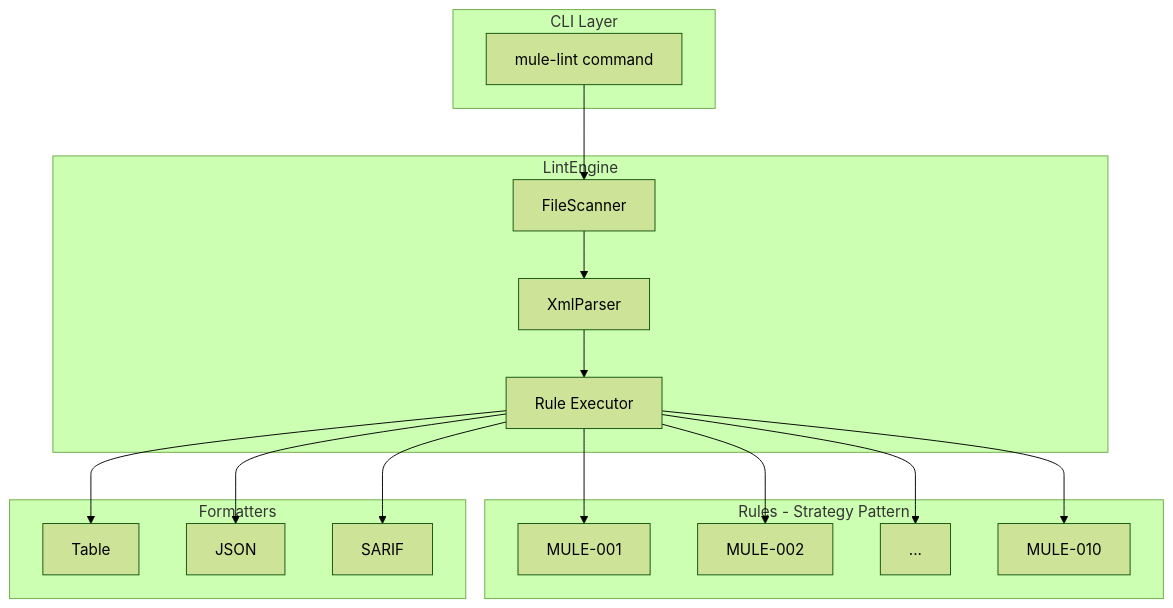
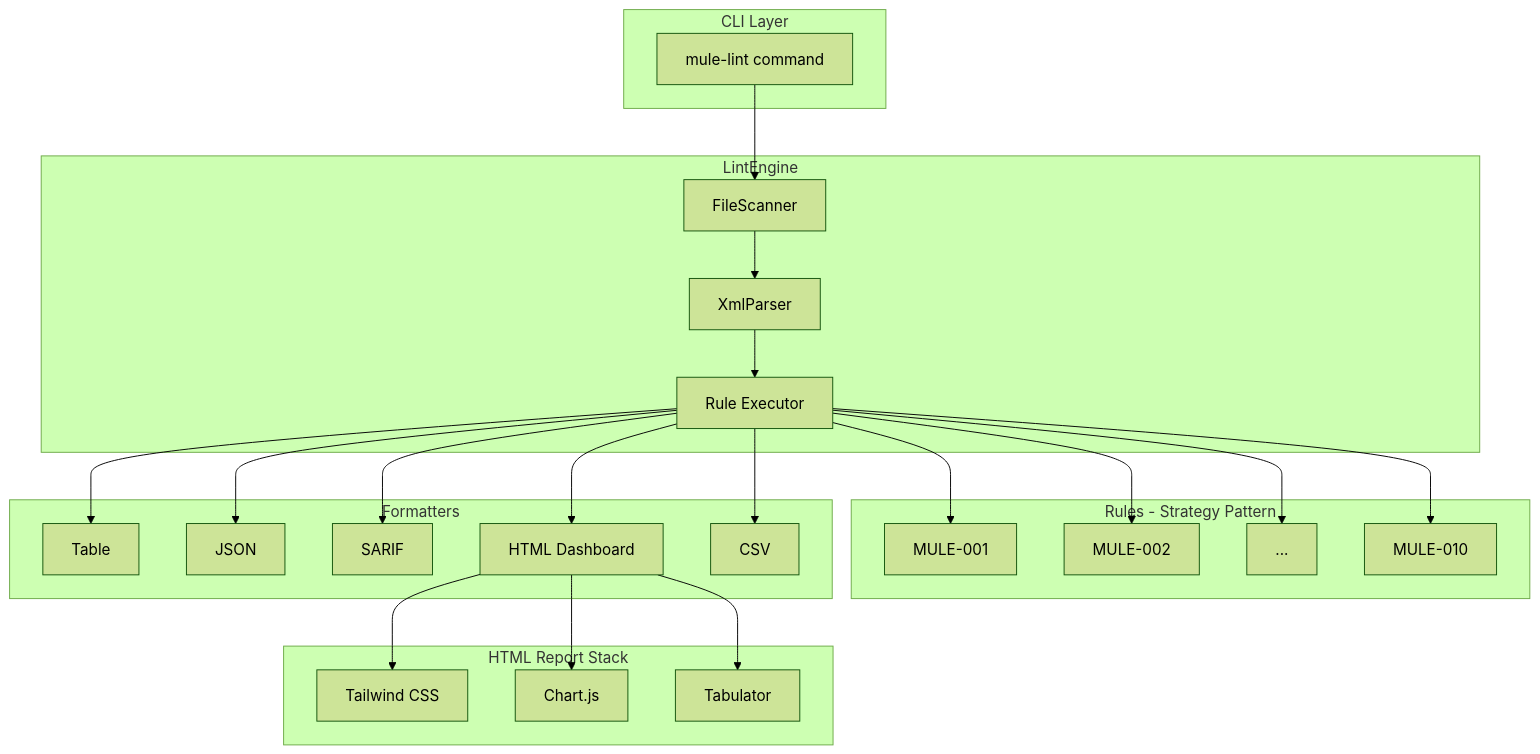
One commit to Avinava/mule-lint changed the first of 2 diagrams in README.md. Above: the diagram before and after it, drawn with Mermaid (forest theme). The commit also changed other lines of this file and 2 other files, not shown here.

First line of the commit message:
feat: modern HTML report with interactive dashboard (v1.6.0)

````diff
--- a/README.md
+++ b/README.md
@@ -30,29 +30,39 @@
 ```mermaid
 flowchart TB
     subgraph CLI["CLI Layer"]
         A[mule-lint command]
     end
     
     subgraph Engine["LintEngine"]
         B[FileScanner] --> C[XmlParser]
         C --> D[Rule Executor]
     end
     
     subgraph Rules["Rules - Strategy Pattern"]
         D --> E[MULE-001]
         D --> F[MULE-002]
         D --> G[...]
         D --> H[MULE-010]
     end
     
     subgraph Output["Formatters"]
         I[Table]
         J[JSON]
         K[SARIF]
+        L[HTML Dashboard]
+        M[CSV]
+    end
+    
+    subgraph HTMLStack["HTML Report Stack"]
+        L --> N[Tailwind CSS]
+        L --> O[Chart.js]
+        L --> P[Tabulator]
     end
     
     A --> B
     D --> I
     D --> J
     D --> K
+    D --> L
+    D --> M
 ```
````
